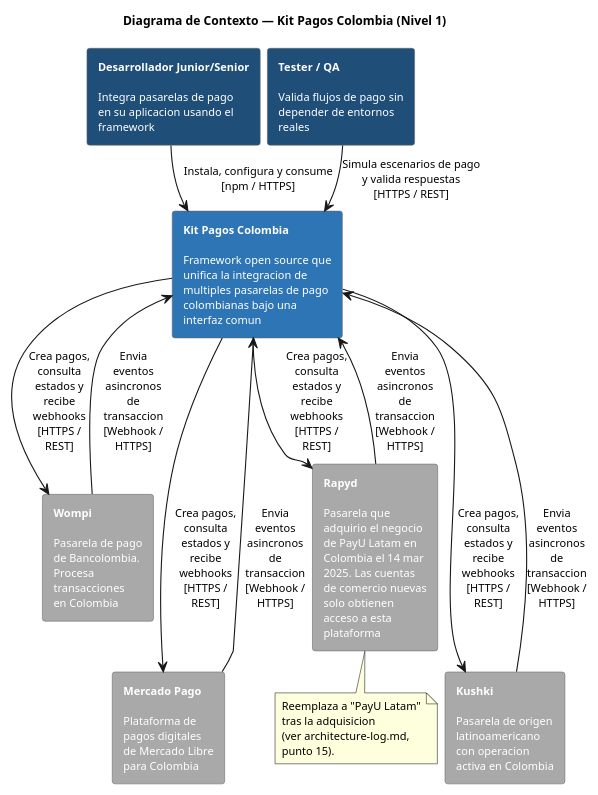
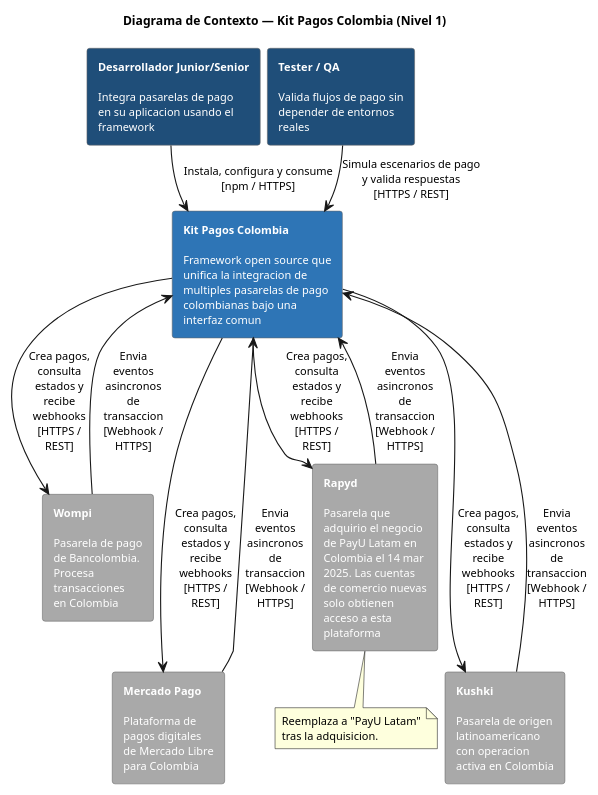
Before and after one commit to PurosBrothers/Kit-Pagos-Colombia---Tesis: the diagram in docs/architecture/SDK/diagrams-source/context-diagram.puml, drawn with PlantUML. The commit also changed 36 other files, not shown here.

```diff
--- a/docs/architecture/SDK/diagrams-source/context-diagram.puml
+++ b/docs/architecture/SDK/diagrams-source/context-diagram.puml
@@ -1,52 +1,50 @@
 @startuml Context Diagram - SDK
 title Diagrama de Contexto — Kit Pagos Colombia (Nivel 1)
 skinparam backgroundColor white
 skinparam defaultFontName Helvetica
 skinparam defaultFontSize 10
 skinparam titleFontSize 11
 skinparam rectangleFontSize 10
 skinparam ArrowFontSize 10
 skinparam NoteFontSize 10
 skinparam nodesep 6
 skinparam ranksep 18
 skinparam rectangle {
   BorderColor #666666
   ArrowColor #666666
   FontColor white
 }
 
 rectangle "**Desarrollador Junior/Senior**\n\nIntegra pasarelas de pago\nen su aplicacion usando el\nframework" as Dev #1F4E79
 rectangle "**Tester / QA**\n\nValida flujos de pago sin\ndepender de entornos\nreales" as QA #1F4E79
 
 rectangle "**Kit Pagos Colombia**\n\nFramework open source que\nunifica la integracion de\nmultiples pasarelas de pago\ncolombianas bajo una\ninterfaz comun" as KitPagos #2E75B6
 
 rectangle "**Wompi**\n\nPasarela de pago\nde Bancolombia.\nProcesa\ntransacciones\nen Colombia" as Wompi #A9A9A9
 rectangle "**Rapyd**\n\nPasarela que\nadquirio el negocio\nde PayU Latam en\nColombia el 14 mar\n2025. Las cuentas\nde comercio nuevas\nsolo obtienen\nacceso a esta\nplataforma" as Rapyd #A9A9A9
 rectangle "**Mercado Pago**\n\nPlataforma de\npagos digitales\nde Mercado Libre\npara Colombia" as MercadoPago #A9A9A9
 rectangle "**Kushki**\n\nPasarela de origen\nlatinoamericano\ncon operacion\nactiva en Colombia" as Kushki #A9A9A9
 
 Dev --> KitPagos : Instala, configura y consume\n[npm / HTTPS]
 QA --> KitPagos : Simula escenarios de pago\ny valida respuestas\n[HTTPS / REST]
 
 KitPagos --> Wompi : Crea pagos,\nconsulta\nestados y\nrecibe\nwebhooks\n[HTTPS /\nREST]
 KitPagos <-- Wompi : Envia\neventos\nasincronos\nde\ntransaccion\n[Webhook /\nHTTPS]
 
 KitPagos --> Rapyd : Crea pagos,\nconsulta\nestados y\nrecibe\nwebhooks\n[HTTPS /\nREST]
 KitPagos <-- Rapyd : Envia\neventos\nasincronos\nde\ntransaccion\n[Webhook /\nHTTPS]
 
 KitPagos --> MercadoPago : Crea pagos,\nconsulta\nestados y\nrecibe\nwebhooks\n[HTTPS /\nREST]
 KitPagos <-- MercadoPago : Envia\neventos\nasincronos\nde\ntransaccion\n[Webhook /\nHTTPS]
 
 KitPagos --> Kushki : Crea pagos,\nconsulta\nestados y\nrecibe\nwebhooks\n[HTTPS /\nREST]
 KitPagos <-- Kushki : Envia\neventos\nasincronos\nde\ntransaccion\n[Webhook /\nHTTPS]
 
 Wompi -[hidden]down- MercadoPago
 Rapyd -[hidden]down- Kushki
 note bottom of Rapyd
   Reemplaza a "PayU Latam"
-  tras la adquisicion
-  (ver architecture-log.md,
-  punto 15).
+  tras la adquisicion.
 end note
 
 @enduml
```
